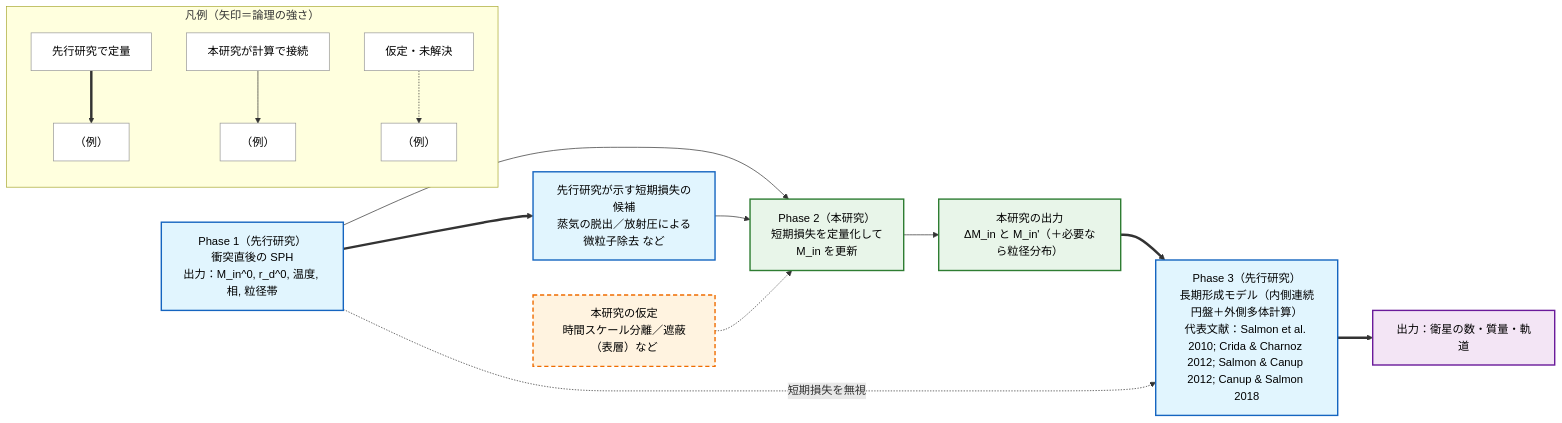
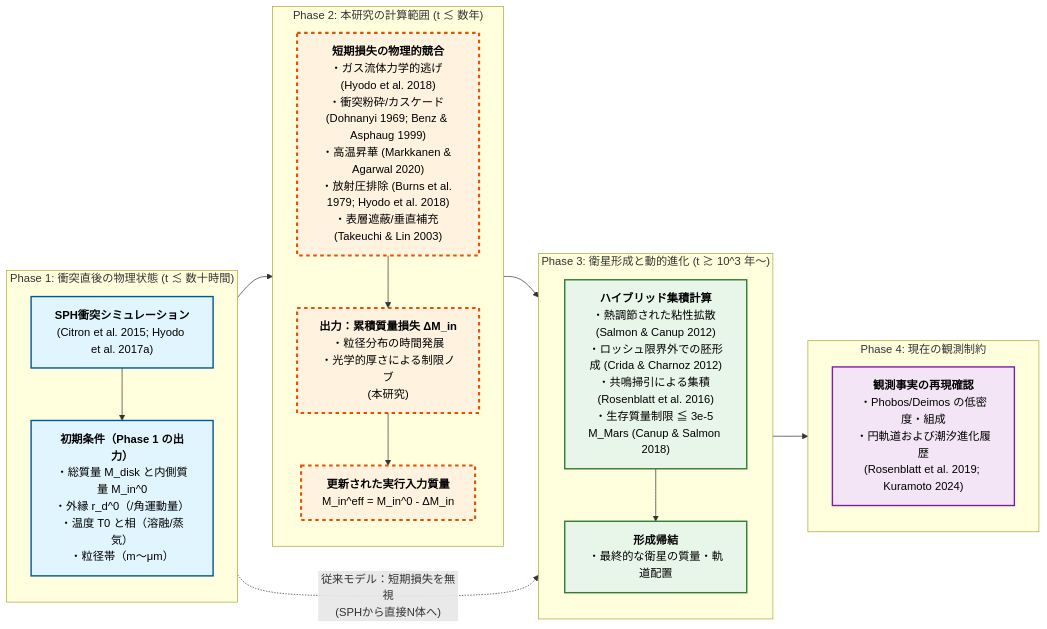
The first of 3 diagrams in analysis/introduction.md (Einfeld686/MarsDiskSimulation), drawn with Mermaid before and after one commit. The commit also changed other lines of this file, not shown here.

Commit message:
analysis: update figure 1.2a flow

````diff
--- a/analysis/introduction.md
+++ b/analysis/introduction.md
@@ -77,40 +76,47 @@
 ```mermaid
 flowchart LR
-    %% ===== styles =====
-    classDef prior fill:#e1f5fe,stroke:#1565c0,stroke-width:2px,color:#000;
-    classDef assume fill:#fff3e0,stroke:#ef6c00,stroke-width:2px,stroke-dasharray: 6 4,color:#000;
-    classDef this fill:#e8f5e9,stroke:#2e7d32,stroke-width:2px,color:#000;
-    classDef downstream fill:#f3e5f5,stroke:#6a1b9a,stroke-width:2px,color:#000;
-    classDef legend fill:#ffffff,stroke:#999,stroke-width:1px,color:#000;
+    %% ===== 見た目（任意：レンダラ依存） =====
+    classDef input fill:#e1f5fe,stroke:#01579b,stroke-width:2px,color:#000;
+    classDef update fill:#fff3e0,stroke:#e65100,stroke-width:3px,stroke-dasharray: 5 5,color:#000;
+    classDef connect fill:#e8f5e9,stroke:#2e7d32,stroke-width:2px,color:#000;
+    classDef output fill:#f3e5f5,stroke:#7b1fa2,stroke-width:2px,color:#000;
 
-    %% ===== Legend =====
-    subgraph LEG["凡例（矢印＝論理の強さ）"]
-      direction TB
-      LG1["先行研究で定量"]:::legend ==> LG2["（例）"]:::legend
-      LG3["本研究が計算で接続"]:::legend --> LG4["（例）"]:::legend
-      LG5["仮定・未解決"]:::legend -.-> LG6["（例）"]:::legend
+    %% ===== Phase 1: SPH（初期条件） =====
+    subgraph P1["Phase 1: 衝突直後の物理状態 (t ≲ 数十時間)"]
+        direction TB
+        SPH["<b>SPH衝突シミュレーション</b><br/>(Citron et al. 2015; Hyodo et al. 2017a)"]:::input
+        D0["<b>初期条件（Phase 1 の出力）</b><br/>・総質量 M_disk と内側質量 M_in^0<br/>・外縁 r_d^0（/角運動量）<br/>・温度 T0 と相（溶融/蒸気）<br/>・粒径帯（m〜μm）"]:::input
+        SPH --> D0
     end
 
-    %% ===== Main flow =====
-    SPH["Phase 1（先行研究）<br/>衝突直後の SPH<br/>出力：M_in^0, r_d^0, 温度, 相, 粒径帯"]:::prior
-    LIT["先行研究が示す短期損失の候補<br/>蒸気の脱出／放射圧による微粒子除去 など"]:::prior
+    %% ===== Phase 2: 本研究（短期損失で更新） =====
+    subgraph P2["Phase 2: 本研究の計算範囲 (t ≲ 数年)"]
+        direction TB
+        PROC["<b>短期損失の物理的競合</b><br/>・ガス流体力学的逃げ (Hyodo et al. 2018)<br/>・衝突粉砕/カスケード (Dohnanyi 1969; Benz & Asphaug 1999)<br/>・高温昇華 (Markkanen & Agarwal 2020)<br/>・放射圧排除 (Burns et al. 1979; Hyodo et al. 2018)<br/>・表層遮蔽/垂直補充 (Takeuchi & Lin 2003)"]:::update
+        DM["<b>出力：累積質量損失 ΔM_in</b><br/>・粒径分布の時間発展<br/>・光学的厚さによる制限ノブ<br/>(本研究)"]:::update
+        D1["<b>更新された実行入力質量</b><br/>M_in^eff = M_in^0 - ΔM_in"]:::update
+        PROC --> DM --> D1
+    end
 
-    P2A["本研究の仮定<br/>時間スケール分離／遮蔽（表層）など"]:::assume
-    P2["Phase 2（本研究）<br/>短期損失を定量化して<br/>M_in を更新"]:::this
-    OUT2["本研究の出力<br/>ΔM_in と M_in'（＋必要なら粒径分布）"]:::this
+    %% ===== Phase 3: 長期進化（形成モデル） =====
+    subgraph P3["Phase 3: 衛星形成と動的進化 (t ≳ 10^3 年〜)"]
+        direction TB
+        HYB["<b>ハイブリッド集積計算</b><br/>・熱調節された粘性拡散 (Salmon & Canup 2012)<br/>・ロッシュ限界外での胚形成 (Crida & Charnoz 2012)<br/>・共鳴掃引による集積 (Rosenblatt et al. 2016)<br/>・生存質量制限 ≦ 3e-5 M_Mars (Canup & Salmon 2018)"]:::connect
+        SAT["<b>形成帰結</b><br/>・最終的な衛星の質量・軌道配置"]:::connect
+        HYB --> SAT
+    end
 
-    P3["Phase 3（先行研究）<br/>長期形成モデル（内側連続円盤＋外側多体計算）<br/>代表文献：Salmon et al. 2010; Crida & Charnoz 2012; Salmon & Canup 2012; Canup & Salmon 2018"]:::prior
-    OUT3["出力：衛星の数・質量・軌道"]:::downstream
+    %% ===== Phase 4: 観測（最終結果） =====
+    subgraph P4["Phase 4: 現在の観測制約"]
+        direction TB
+        OBS["<b>観測事実の再現確認</b><br/>・Phobos/Deimos の低密度・組成<br/>・円軌道および潮汐進化履歴<br/>(Rosenblatt et al. 2019; Kuramoto 2024)"]:::output
+    end
 
-    %% links
-    SPH ==> LIT
-    SPH --> P2
-    LIT --> P2
-    P2A -.-> P2
-    P2 --> OUT2
-    OUT2 ==> P3
-    P3 ==> OUT3
+    %% ===== 主流（本研究を挟む） =====
+    D0 --> PROC
+    D1 --> HYB
+    SAT --> OBS
 
-    %% conventional shortcut
-    SPH -.->|短期損失を無視| P3
+    %% ===== 従来の直結（短期損失を無視） =====
+    D0 -. "従来モデル：短期損失を無視<br/>(SPHから直接N体へ)" .-> HYB
 ```
````
